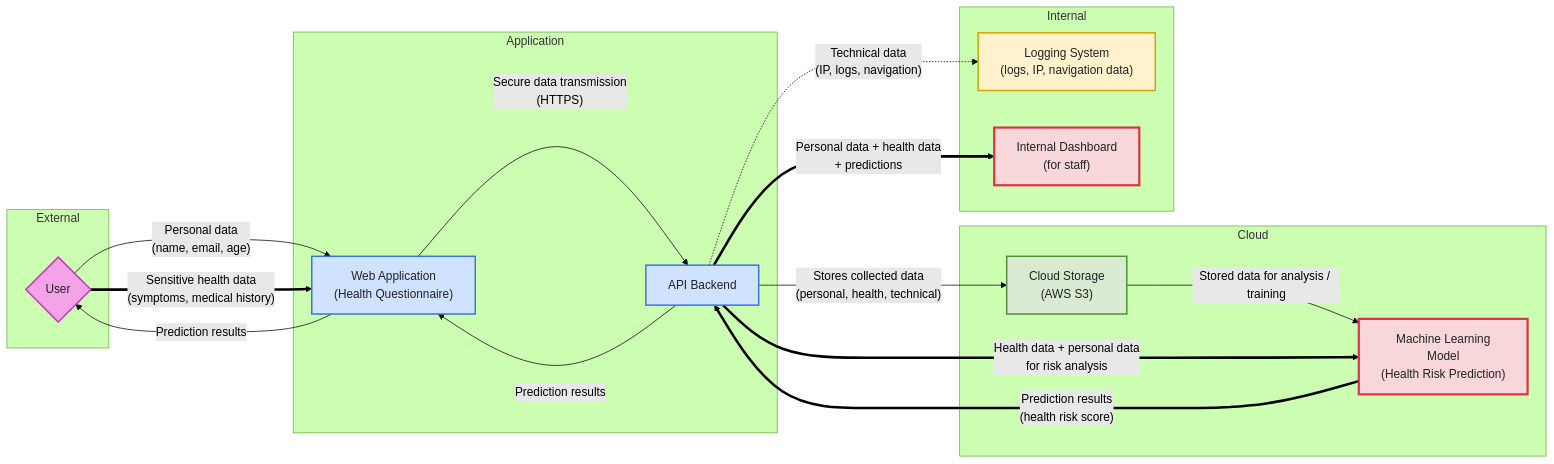
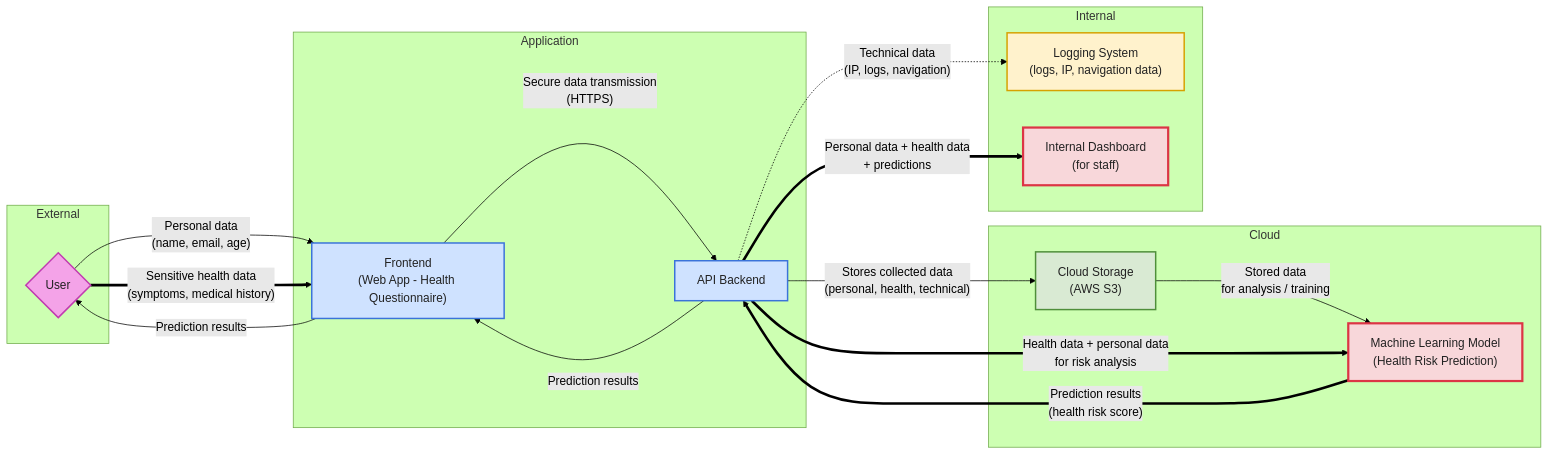
Before and after one commit to yassine-enn/HealthPredict-AI: the diagram in README.md, drawn with Mermaid (forest theme).

Commit message:
update diagram

````diff
--- a/README.md
+++ b/README.md
@@ -3,51 +3,51 @@
 ```mermaid
 flowchart LR
     subgraph EXT["External"]
         U{User}
     end
 
     subgraph APP["Application"]
-        WA["Web Application<br/>(Health Questionnaire)"]
+        FE["Frontend<br/>(Web App - Health Questionnaire)"]
         API["API Backend"]
     end
 
     subgraph CLOUD["Cloud"]
         S3["Cloud Storage<br/>(AWS S3)"]
-        ML["Machine Learning<br/>Model<br/>(Health Risk Prediction)"]
+        ML["Machine Learning Model<br/>(Health Risk Prediction)"]
     end
 
     subgraph INT["Internal"]
         LOG["Logging System<br/>(logs, IP, navigation data)"]
         DASH["Internal Dashboard<br/>(for staff)"]
     end
 
-    U -->|"Personal data<br/>(name, email, age)"| WA
-    U ==>|"Sensitive health data<br/>(symptoms, medical history)"| WA
+    U -->|"Personal data<br/>(name, email, age)"| FE
+    U ==>|"Sensitive health data<br/>(symptoms, medical history)"| FE
 
-    WA -->|"Secure data transmission<br/>(HTTPS)"| API
+    FE -->|"Secure data transmission<br/>(HTTPS)"| API
 
     API -->|"Stores collected data<br/>(personal, health, technical)"| S3
-    S3 -->|"Stored data for analysis / training"| ML
+    S3 -->|"Stored data<br/>for analysis / training"| ML
 
     API ==>|"Health data + personal data<br/>for risk analysis"| ML
     ML ==>|"Prediction results<br/>(health risk score)"| API
 
-    API -->|"Prediction results"| WA
-    WA -->|"Prediction results"| U
+    API -->|"Prediction results"| FE
+    FE -->|"Prediction results"| U
 
     API -.->|"Technical data<br/>(IP, logs, navigation)"| LOG
 
     API ==>|"Personal data + health data<br/>+ predictions"| DASH
 
+    classDef external fill:#f4a3e8,stroke:#c13bb0,stroke-width:2px,color:#222;
     classDef app fill:#cfe2ff,stroke:#3b73d9,stroke-width:2px,color:#222;
-    classDef external fill:#f4a3e8,stroke:#c13bb0,stroke-width:2px,color:#222;
     classDef cloud fill:#d9ead3,stroke:#4f8f3a,stroke-width:2px,color:#222;
     classDef internal fill:#fff2cc,stroke:#d6a100,stroke-width:2px,color:#222;
     classDef sensitive fill:#f8d7da,stroke:#dc3545,stroke-width:3px,color:#222;
 
-    class WA,API app;
     class U external;
+    class FE,API app;
     class S3,ML cloud;
     class LOG,DASH internal;
     class ML,DASH sensitive;
 ```
````
